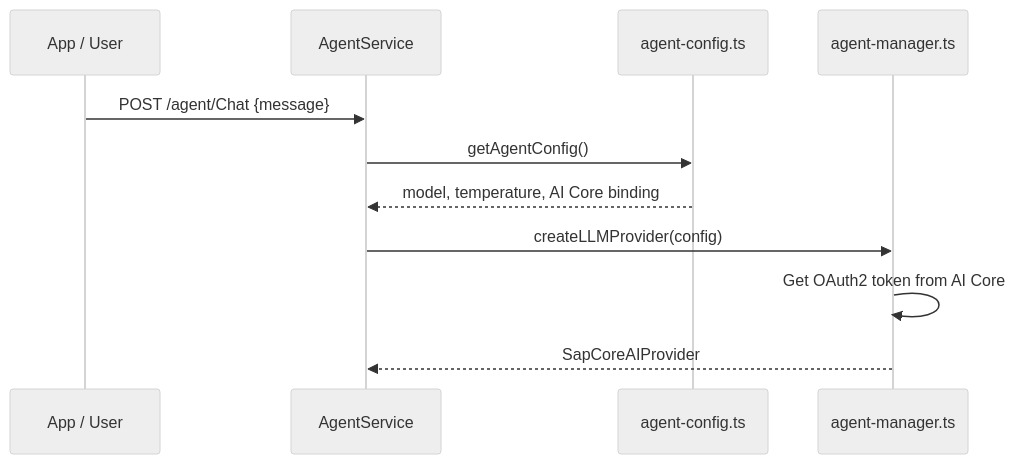
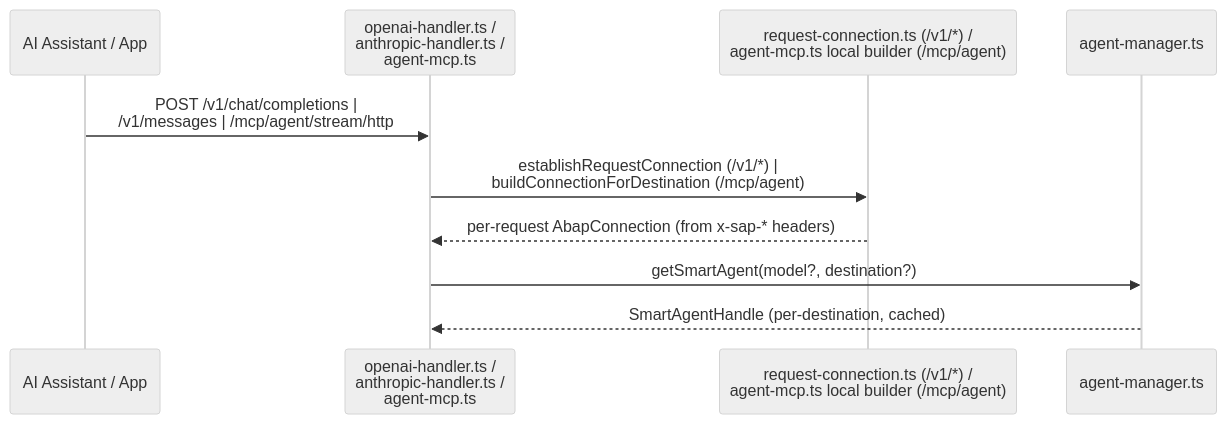
The tenth of 24 diagrams in docs/architecture/ARCHITECTURE.md (fr0ster/cloud-llm-hub), drawn with Mermaid (neutral theme) before and after one commit. The commit also changed other lines of this file, not shown here.

First line of the commit message:
docs(architecture): correct stale agent-surface / file-layout / ToC to current reality (PR-186)

````diff
--- a/docs/architecture/ARCHITECTURE.md
+++ b/docs/architecture/ARCHITECTURE.md
@@ -527,14 +693,13 @@
 ```mermaid
 sequenceDiagram
-    participant Client as App / User
-    participant Srv as AgentService
-    participant Cfg as agent-config.ts
+    participant Client as AI Assistant / App
+    participant Handler as openai-handler.ts /<br/>anthropic-handler.ts /<br/>agent-mcp.ts
+    participant Conn as request-connection.ts (/v1/*) /<br/>agent-mcp.ts local builder (/mcp/agent)
     participant Mgr as agent-manager.ts
 
-    Client->>Srv: POST /agent/Chat {message}
-    Srv->>Cfg: getAgentConfig()
-    Cfg-->>Srv: model, temperature, AI Core binding
-    Srv->>Mgr: createLLMProvider(config)
-    Mgr->>Mgr: Get OAuth2 token from AI Core
-    Mgr-->>Srv: SapCoreAIProvider
+    Client->>Handler: POST /v1/chat/completions |<br/>/v1/messages | /mcp/agent/stream/http
+    Handler->>Conn: establishRequestConnection (/v1/*) |<br/>buildConnectionForDestination (/mcp/agent)
+    Conn-->>Handler: per-request AbapConnection (from x-sap-* headers)
+    Handler->>Mgr: getSmartAgent(model?, destination?)
+    Mgr-->>Handler: SmartAgentHandle (per-destination, cached)
 ```
````
